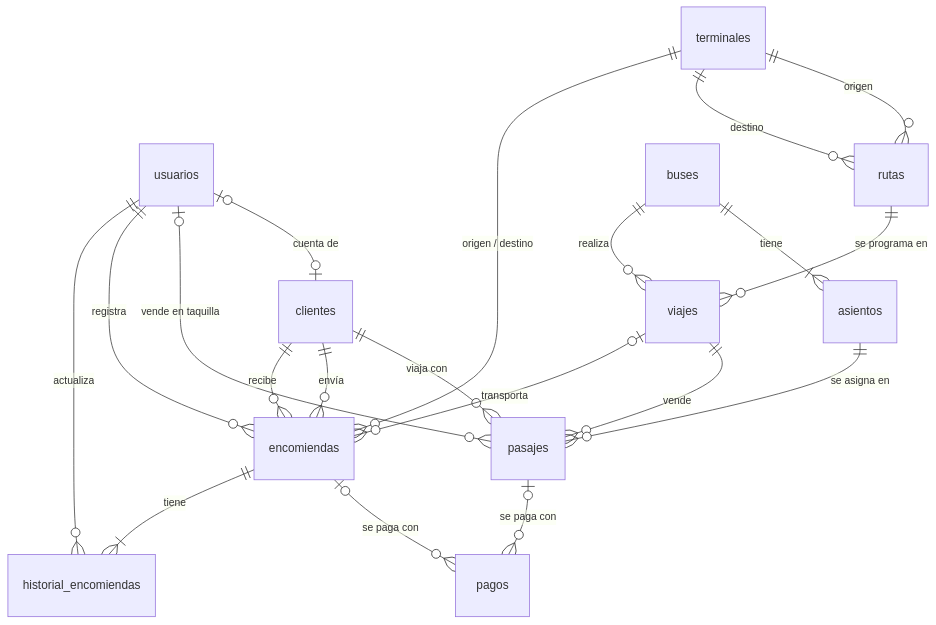
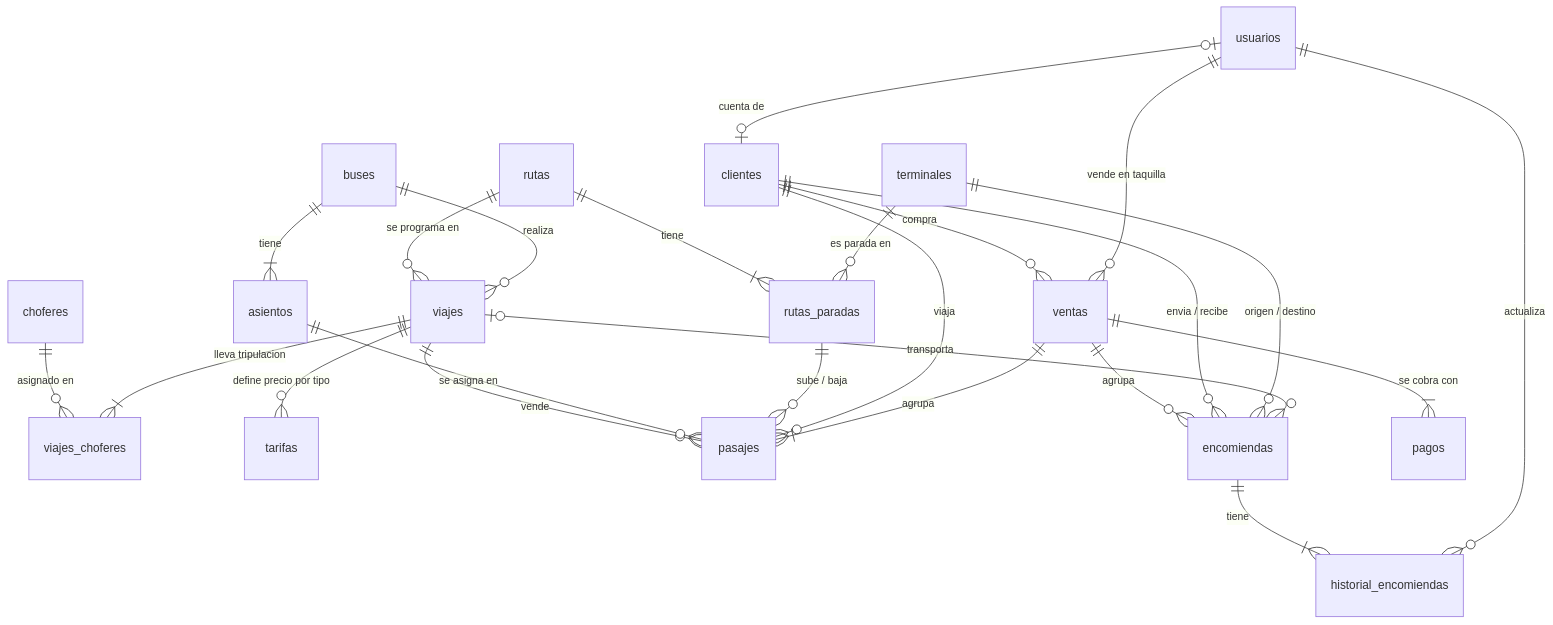
Before and after one commit to ZPSoftwareFastSolutions/panamericana-base: the diagram in PROPUESTA_BD.md, drawn with Mermaid. The commit also changed other lines of this file and 90 other files, not shown here.

````diff
--- a/PROPUESTA_BD.md
+++ b/PROPUESTA_BD.md
@@ -38,22 +41,26 @@
 ```mermaid
 erDiagram
     usuarios |o--o| clientes : "cuenta de"
-    terminales ||--o{ rutas : "origen"
-    terminales ||--o{ rutas : "destino"
-    buses ||--|{ asientos : "tiene"
+    rutas ||--|{ rutas_paradas : "tiene"
+    terminales ||--o{ rutas_paradas : "es parada en"
     rutas ||--o{ viajes : "se programa en"
     buses ||--o{ viajes : "realiza"
+    buses ||--|{ asientos : "tiene"
+    choferes ||--o{ viajes_choferes : "asignado en"
+    viajes ||--|{ viajes_choferes : "lleva tripulacion"
+    viajes ||--o{ tarifas : "define precio por tipo"
     viajes ||--o{ pasajes : "vende"
     asientos ||--o{ pasajes : "se asigna en"
-    clientes ||--o{ pasajes : "viaja con"
-    usuarios |o--o{ pasajes : "vende en taquilla"
-    pasajes |o--o{ pagos : "se paga con"
-    encomiendas |o--o{ pagos : "se paga con"
-    clientes ||--o{ encomiendas : "envía"
-    clientes ||--o{ encomiendas : "recibe"
+    rutas_paradas ||--o{ pasajes : "sube / baja"
+    clientes ||--o{ pasajes : "viaja"
+    ventas ||--|{ pasajes : "agrupa"
+    ventas ||--o{ encomiendas : "agrupa"
+    ventas ||--|{ pagos : "se cobra con"
+    clientes ||--o{ ventas : "compra"
+    usuarios ||--o{ ventas : "vende en taquilla"
+    clientes ||--o{ encomiendas : "envia / recibe"
     terminales ||--o{ encomiendas : "origen / destino"
     viajes |o--o{ encomiendas : "transporta"
-    usuarios ||--o{ encomiendas : "registra"
     encomiendas ||--|{ historial_encomiendas : "tiene"
     usuarios ||--o{ historial_encomiendas : "actualiza"
 ```
````
